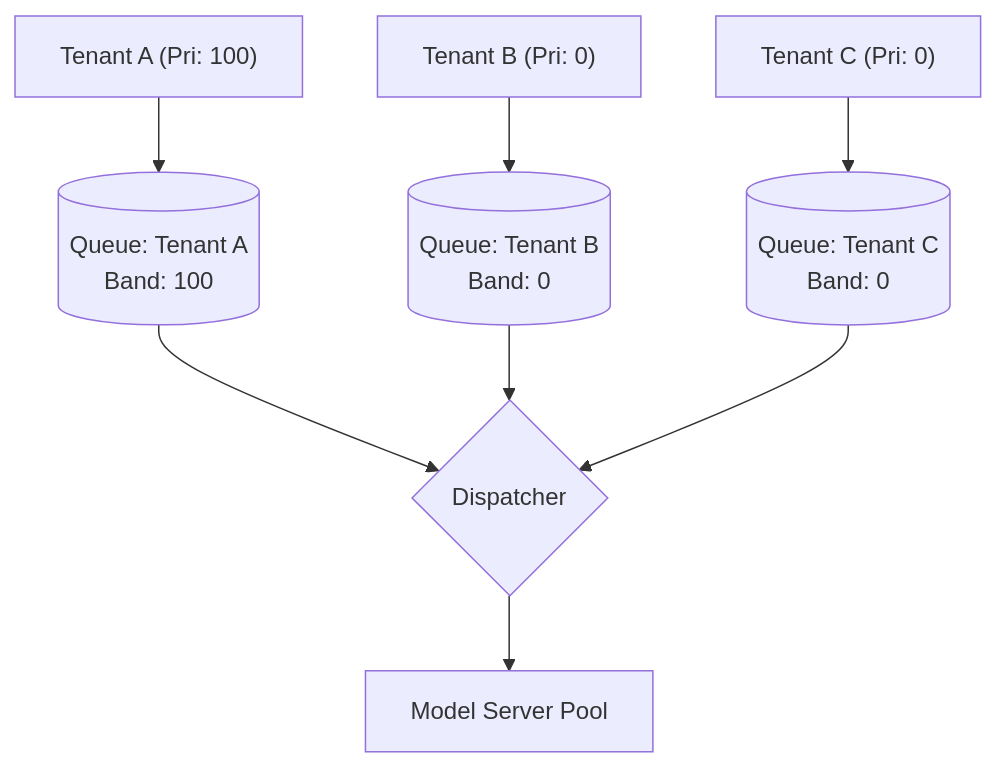
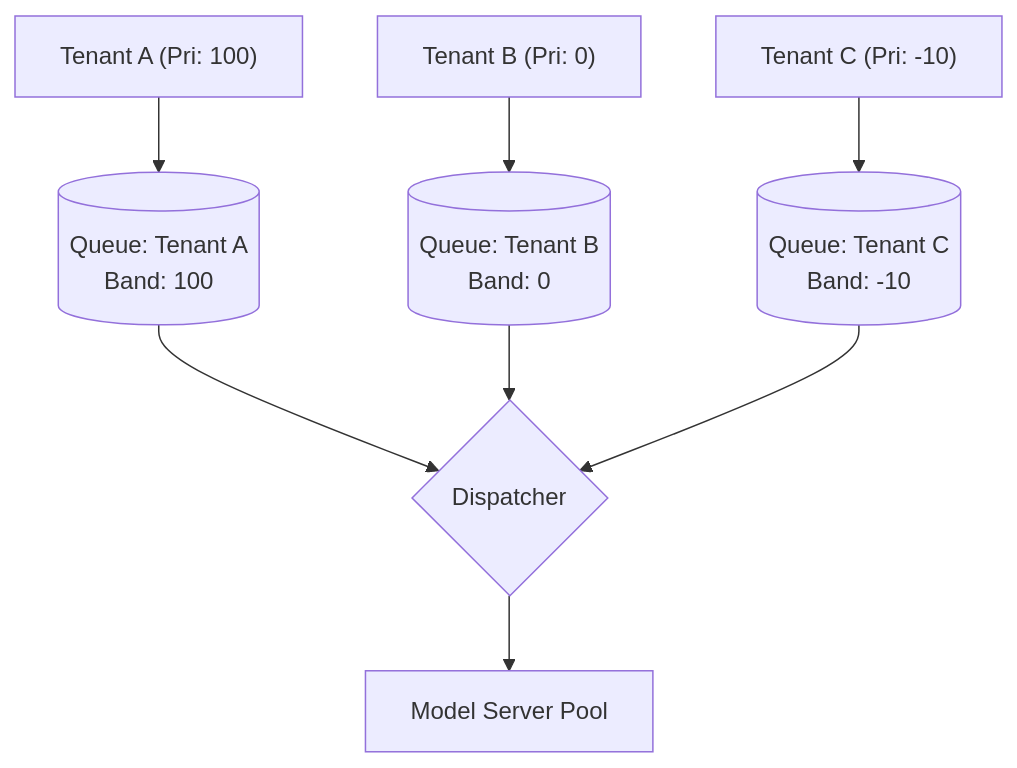
One commit to LukeAVanDrie/llm-d changed the diagram in guides/flow-control/README.md. Above: the diagram before and after it, drawn with Mermaid. The commit also changed other lines of this file, not shown here.

````diff
--- a/guides/flow-control/README.md
+++ b/guides/flow-control/README.md
@@ -22,12 +22,12 @@
 ```mermaid
 flowchart TD
     TenantA["Tenant A (Pri: 100)"] --> QA[("Queue: Tenant A<br/>Band: 100")]
     TenantB["Tenant B (Pri: 0)"] --> QB[("Queue: Tenant B<br/>Band: 0")]
-    TenantC["Tenant C (Pri: 0)"] --> QC[("Queue: Tenant C<br/>Band: 0")]
+    TenantC["Tenant C (Pri: -10)"] --> QC[("Queue: Tenant C<br/>Band: -10")]
 
     QA --> Disp{Dispatcher}
     QB --> Disp
     QC --> Disp
 
     Disp --> Pool["Model Server Pool"]
 ```
````
